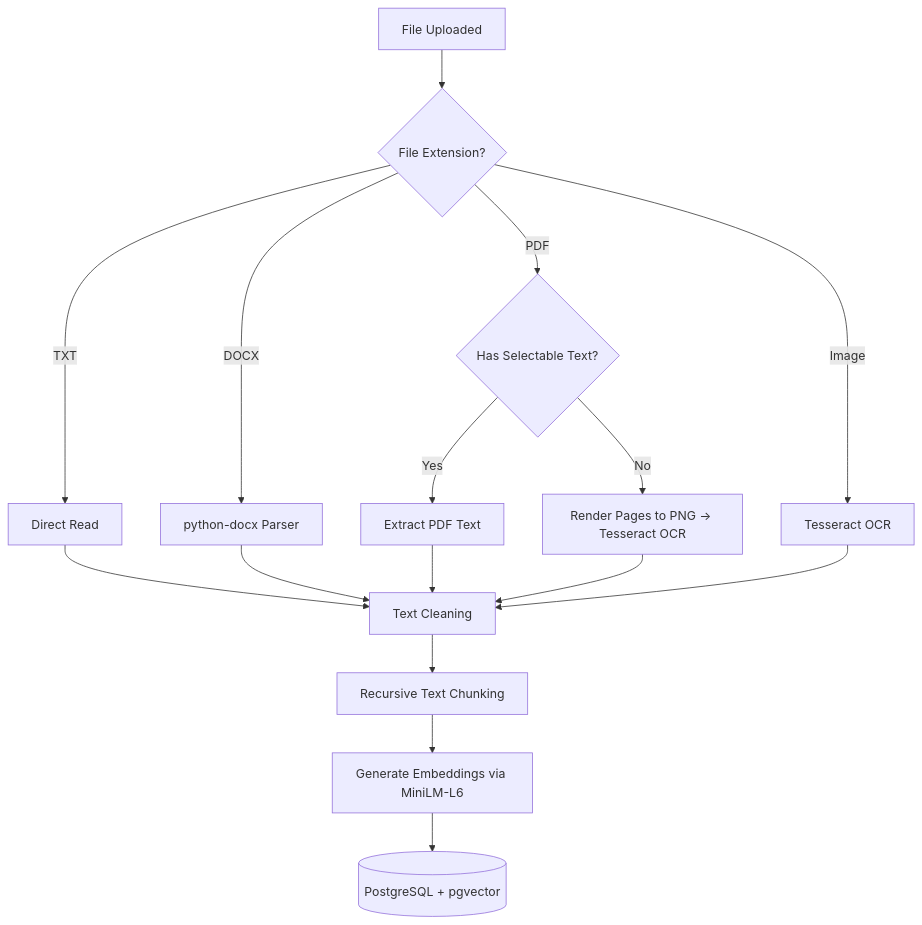
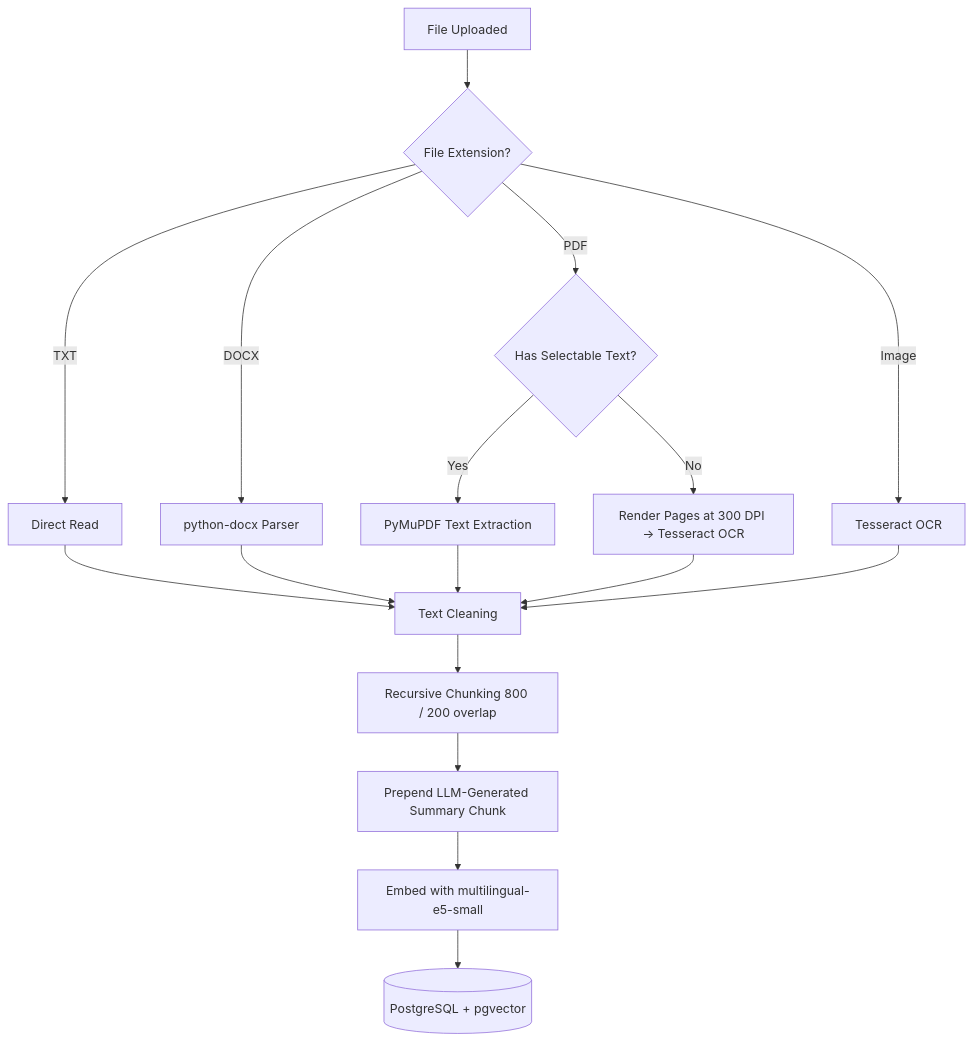
The first of 2 diagrams in README.md (archiik04/docsy), drawn with Mermaid before and after one commit. The commit also changed other lines of this file, not shown here.

````diff
--- a/README.md
+++ b/README.md
@@ -22,14 +25,15 @@
 ```mermaid
 graph TD
     A[File Uploaded] --> B{File Extension?}
     B -->|TXT| C[Direct Read]
     B -->|DOCX| D[python-docx Parser]
     B -->|PDF| E{Has Selectable Text?}
     B -->|Image| F[Tesseract OCR]
-    E -->|Yes| G[Extract PDF Text]
-    E -->|No| H[Render Pages to PNG -> Tesseract OCR]
+    E -->|Yes| G[PyMuPDF Text Extraction]
+    E -->|No| H[Render Pages at 300 DPI -> Tesseract OCR]
     C & D & G & H & F --> I[Text Cleaning]
-    I --> J[Recursive Text Chunking]
-    J --> K[Generate Embeddings via MiniLM-L6]
-    K --> L[(PostgreSQL + pgvector)]
+    I --> J[Recursive Chunking 800 / 200 overlap]
+    J --> K[Prepend LLM-Generated Summary Chunk]
+    K --> L[Embed with multilingual-e5-small]
+    L --> M[(PostgreSQL + pgvector)]
 ```
````
